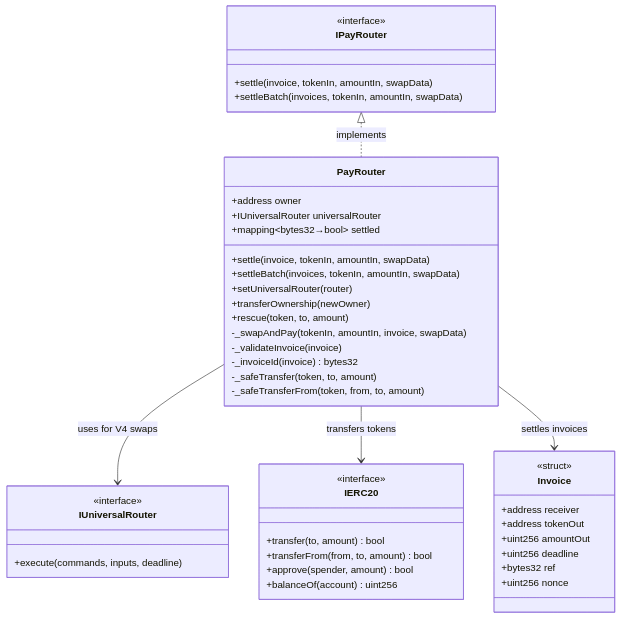
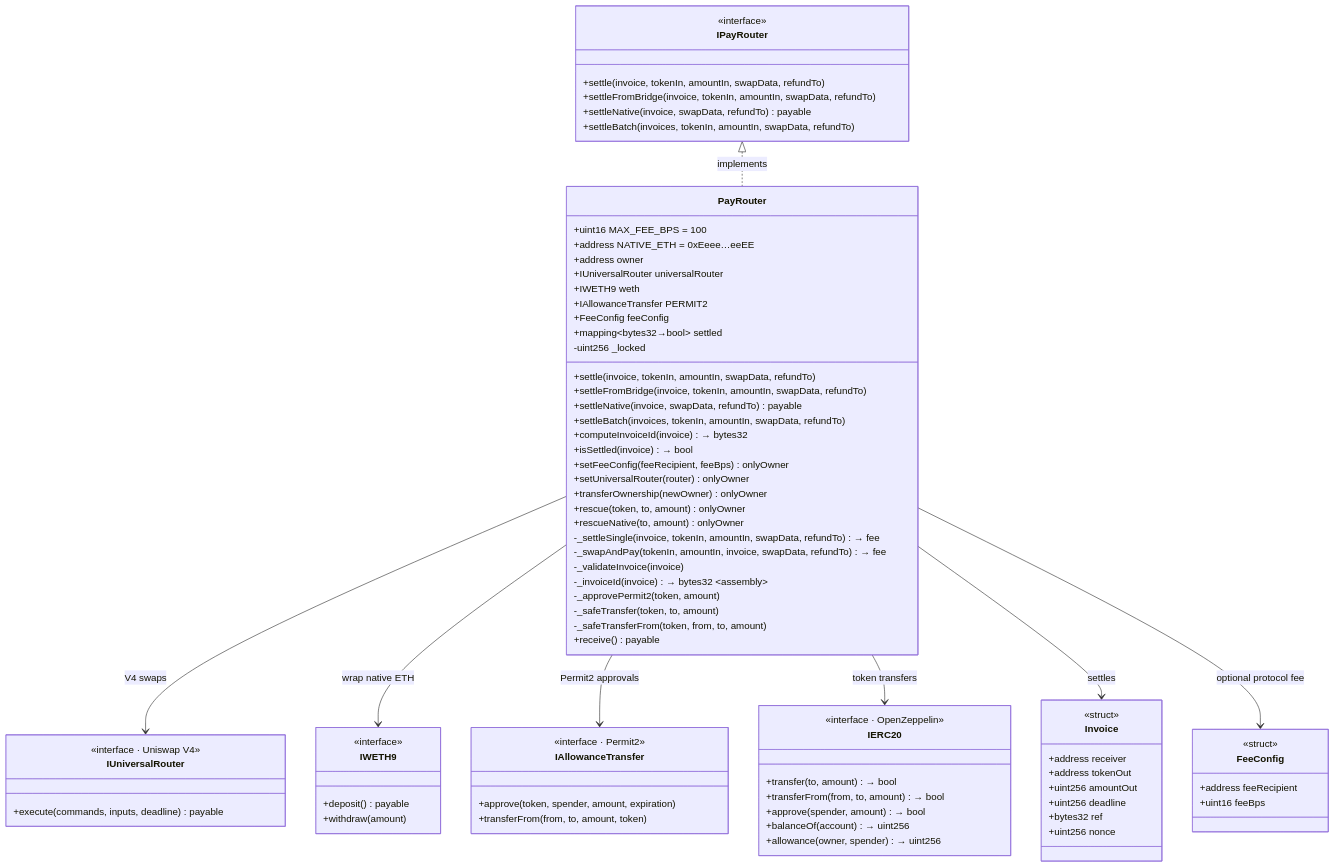
The third of 11 diagrams in docs/architecture.md (danelerr/htm-abipago), drawn with Mermaid before and after one commit. The commit also changed other lines of this file, not shown here.

Commit message:
add architecture diagrams

````diff
--- a/docs/architecture.md
+++ b/docs/architecture.md
@@ -127,8 +144,10 @@
 classDiagram
     class IPayRouter {
         <<interface>>
-        +settle(invoice, tokenIn, amountIn, swapData)
-        +settleBatch(invoices, tokenIn, amountIn, swapData)
+        +settle(invoice, tokenIn, amountIn, swapData, refundTo)
+        +settleFromBridge(invoice, tokenIn, amountIn, swapData, refundTo)
+        +settleNative(invoice, swapData, refundTo) payable
+        +settleBatch(invoices, tokenIn, amountIn, swapData, refundTo)
     }
 
     class Invoice {
@@ -141,37 +160,74 @@
         +uint256 nonce
     }
 
+    class FeeConfig {
+        <<struct>>
+        +address feeRecipient
+        +uint16 feeBps
+    }
+
     class PayRouter {
+        +uint16 MAX_FEE_BPS = 100
+        +address NATIVE_ETH = 0xEeee…eeEE
         +address owner
         +IUniversalRouter universalRouter
+        +IWETH9 weth
+        +IAllowanceTransfer PERMIT2
+        +FeeConfig feeConfig
         +mapping~bytes32→bool~ settled
-        +settle(invoice, tokenIn, amountIn, swapData)
-        +settleBatch(invoices, tokenIn, amountIn, swapData)
-        +setUniversalRouter(router)
-        +transferOwnership(newOwner)
-        +rescue(token, to, amount)
-        -_swapAndPay(tokenIn, amountIn, invoice, swapData)
+        -uint256 _locked
+        +settle(invoice, tokenIn, amountIn, swapData, refundTo)
+        +settleFromBridge(invoice, tokenIn, amountIn, swapData, refundTo)
+        +settleNative(invoice, swapData, refundTo) payable
+        +settleBatch(invoices, tokenIn, amountIn, swapData, refundTo)
+        +computeInvoiceId(invoice) → bytes32
+        +isSettled(invoice) → bool
+        +setFeeConfig(feeRecipient, feeBps) onlyOwner
+        +setUniversalRouter(router) onlyOwner
+        +transferOwnership(newOwner) onlyOwner
+        +rescue(token, to, amount) onlyOwner
+        +rescueNative(to, amount) onlyOwner
+        -_settleSingle(invoice, tokenIn, amountIn, swapData, refundTo) → fee
+        -_swapAndPay(tokenIn, amountIn, invoice, swapData, refundTo) → fee
         -_validateInvoice(invoice)
-        -_invoiceId(invoice) bytes32
+        -_invoiceId(invoice) → bytes32 ~assembly~
+        -_approvePermit2(token, amount)
         -_safeTransfer(token, to, amount)
         -_safeTransferFrom(token, from, to, amount)
+        +receive() payable
     }
 
     class IUniversalRouter {
+        <<interface · Uniswap V4>>
+        +execute(commands, inputs, deadline) payable
+    }
+
+    class IWETH9 {
         <<interface>>
-        +execute(commands, inputs, deadline)
+        +deposit() payable
+        +withdraw(amount)
+    }
+
+    class IAllowanceTransfer {
+        <<interface · Permit2>>
+        +approve(token, spender, amount, expiration)
+        +transferFrom(from, to, amount, token)
     }
 
     class IERC20 {
-        <<interface>>
-        +transfer(to, amount) bool
-        +transferFrom(from, to, amount) bool
-        +approve(spender, amount) bool
-        +balanceOf(account) uint256
+        <<interface · OpenZeppelin>>
+        +transfer(to, amount) → bool
+        +transferFrom(from, to, amount) → bool
+        +approve(spender, amount) → bool
+        +balanceOf(account) → uint256
+        +allowance(owner, spender) → uint256
     }
 
     IPayRouter <|.. PayRouter : implements
-    PayRouter --> IUniversalRouter : uses for V4 swaps
-    PayRouter --> IERC20 : transfers tokens
-    PayRouter --> Invoice : settles invoices
+    PayRouter --> IUniversalRouter : V4 swaps
+    PayRouter --> IWETH9 : wrap native ETH
+    PayRouter --> IAllowanceTransfer : Permit2 approvals
+    PayRouter --> IERC20 : token transfers
+    PayRouter --> Invoice : settles
+    PayRouter --> FeeConfig : optional protocol fee
 ```
````
